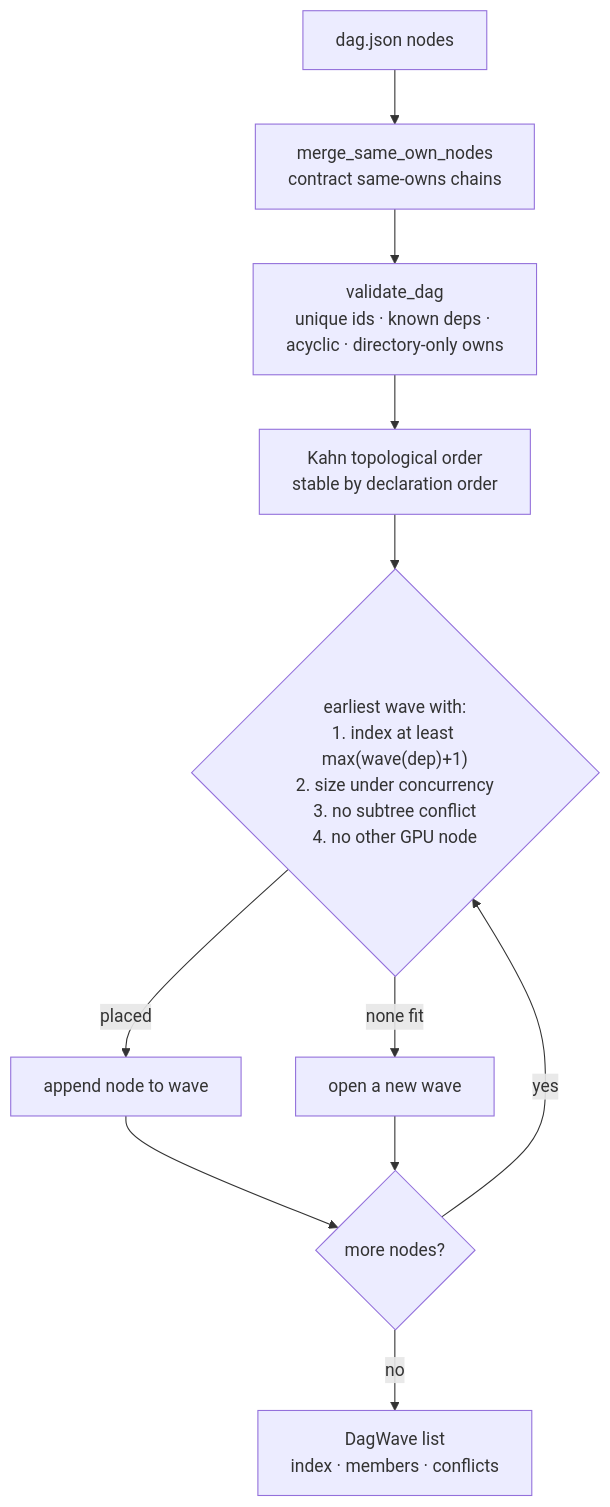
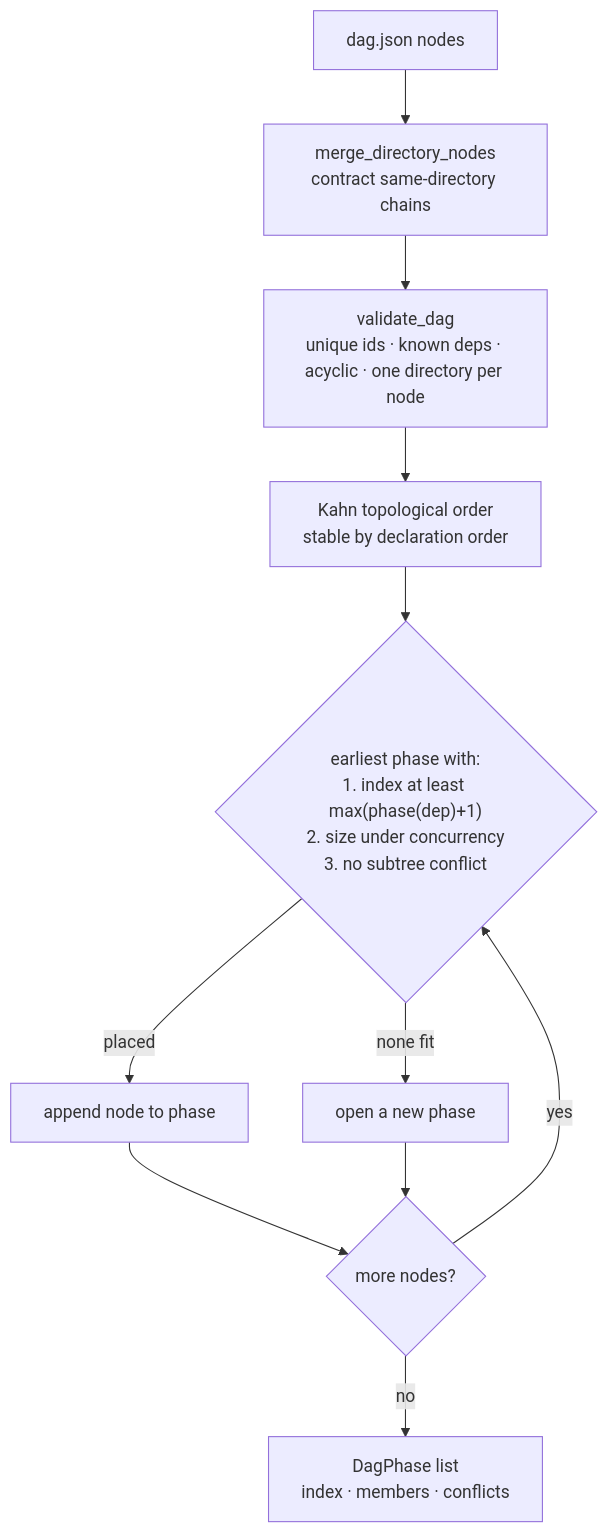
One commit to ming6ao/sliceme changed the fifth of 10 diagrams in docs/architecture.md. Above: the diagram before and after it, drawn with Mermaid. The commit also changed other lines of this file and 57 other files, not shown here.

First line of the commit message:
refactor: remove GPU handling and rename wave to phase

````diff
--- a/docs/architecture.md
+++ b/docs/architecture.md
@@ -252,13 +252,13 @@
 ```mermaid
 flowchart TD
-  D["dag.json nodes"] --> MERGE["merge_same_own_nodes<br/>contract same-owns chains"]
-  MERGE --> VAL["validate_dag<br/>unique ids · known deps · acyclic · directory-only owns"]
+  D["dag.json nodes"] --> MERGE["merge_directory_nodes<br/>contract same-directory chains"]
+  MERGE --> VAL["validate_dag<br/>unique ids · known deps · acyclic · one directory per node"]
   VAL --> TOPO["Kahn topological order<br/>stable by declaration order"]
-  TOPO --> PICK{"earliest wave with:<br/>1. index at least max(wave(dep)+1)<br/>2. size under concurrency<br/>3. no subtree conflict<br/>4. no other GPU node"}
-  PICK -- "placed" --> WAVE["append node to wave"]
-  PICK -- "none fit" --> NEW["open a new wave"]
-  WAVE --> MORE{"more nodes?"}
+  TOPO --> PICK{"earliest phase with:<br/>1. index at least max(phase(dep)+1)<br/>2. size under concurrency<br/>3. no subtree conflict"}
+  PICK -- "placed" --> PHASE["append node to phase"]
+  PICK -- "none fit" --> NEW["open a new phase"]
+  PHASE --> MORE{"more nodes?"}
   NEW --> MORE
   MORE -- "yes" --> PICK
-  MORE -- "no" --> OUT["DagWave list<br/>index · members · conflicts"]
+  MORE -- "no" --> OUT["DagPhase list<br/>index · members · conflicts"]
 ```
````
